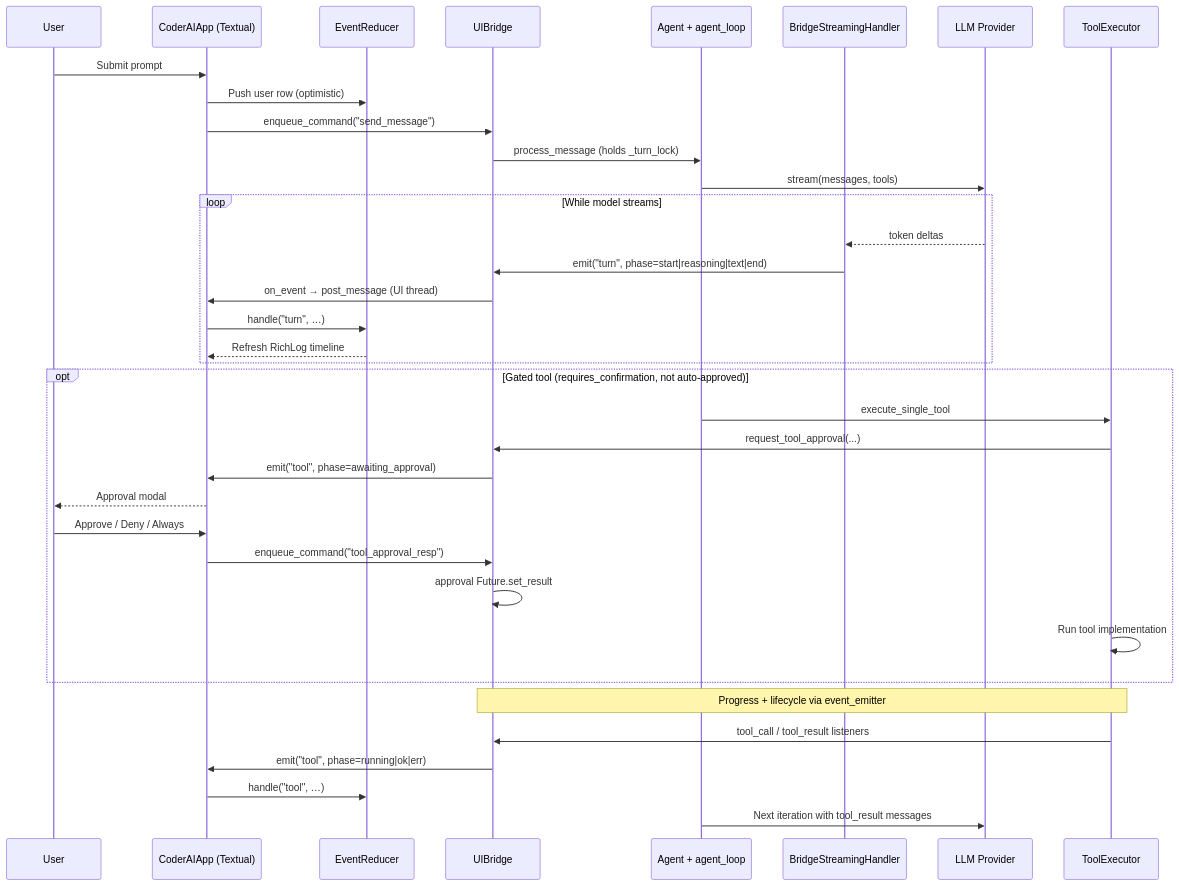
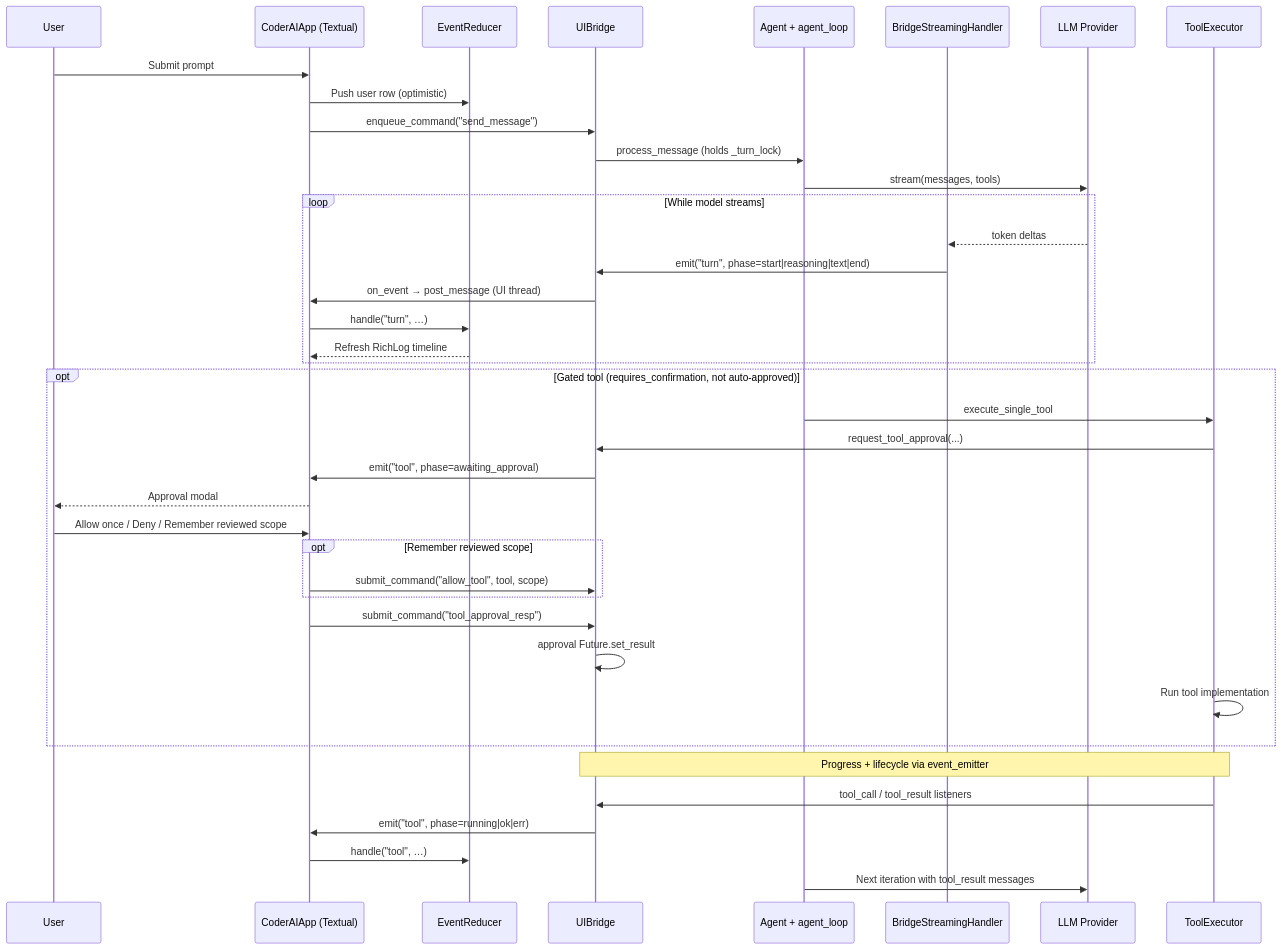
The diagram in docs/ARCHITECTURE.md (adityaanilraut/CoderAI), drawn with Mermaid before and after one commit. The commit also changed other lines of this file and 144 other files, not shown here.

````diff
--- a/docs/ARCHITECTURE.md
+++ b/docs/ARCHITECTURE.md
@@ -41,43 +41,46 @@
 ```mermaid
 sequenceDiagram
     participant User
     participant TUI as CoderAIApp (Textual)
     participant Reducer as EventReducer
     participant IPC as UIBridge
     participant Agent as Agent + agent_loop
     participant Stream as BridgeStreamingHandler
     participant LLM as LLM Provider
     participant Exec as ToolExecutor
 
     User->>TUI: Submit prompt
     TUI->>Reducer: Push user row (optimistic)
     TUI->>IPC: enqueue_command("send_message")
     IPC->>Agent: process_message (holds _turn_lock)
     Agent->>LLM: stream(messages, tools)
 
     loop While model streams
         LLM-->>Stream: token deltas
         Stream->>IPC: emit("turn", phase=start|reasoning|text|end)
         IPC->>TUI: on_event → post_message (UI thread)
         TUI->>Reducer: handle("turn", …)
         Reducer-->>TUI: Refresh RichLog timeline
     end
 
     opt Gated tool (requires_confirmation, not auto-approved)
         Agent->>Exec: execute_single_tool
         Exec->>IPC: request_tool_approval(...)
         IPC->>TUI: emit("tool", phase=awaiting_approval)
         TUI-->>User: Approval modal
-        User->>TUI: Approve / Deny / Always
-        TUI->>IPC: enqueue_command("tool_approval_resp")
+        User->>TUI: Allow once / Deny / Remember reviewed scope
+        opt Remember reviewed scope
+            TUI->>IPC: submit_command("allow_tool", tool, scope)
+        end
+        TUI->>IPC: submit_command("tool_approval_resp")
         IPC->>IPC: approval Future.set_result
         Exec->>Exec: Run tool implementation
     end
 
     Note over Exec,IPC: Progress + lifecycle via event_emitter
     Exec->>IPC: tool_call / tool_result listeners
     IPC->>TUI: emit("tool", phase=running|ok|err)
     TUI->>Reducer: handle("tool", …)
 
     Agent->>LLM: Next iteration with tool_result messages
 ```
````
